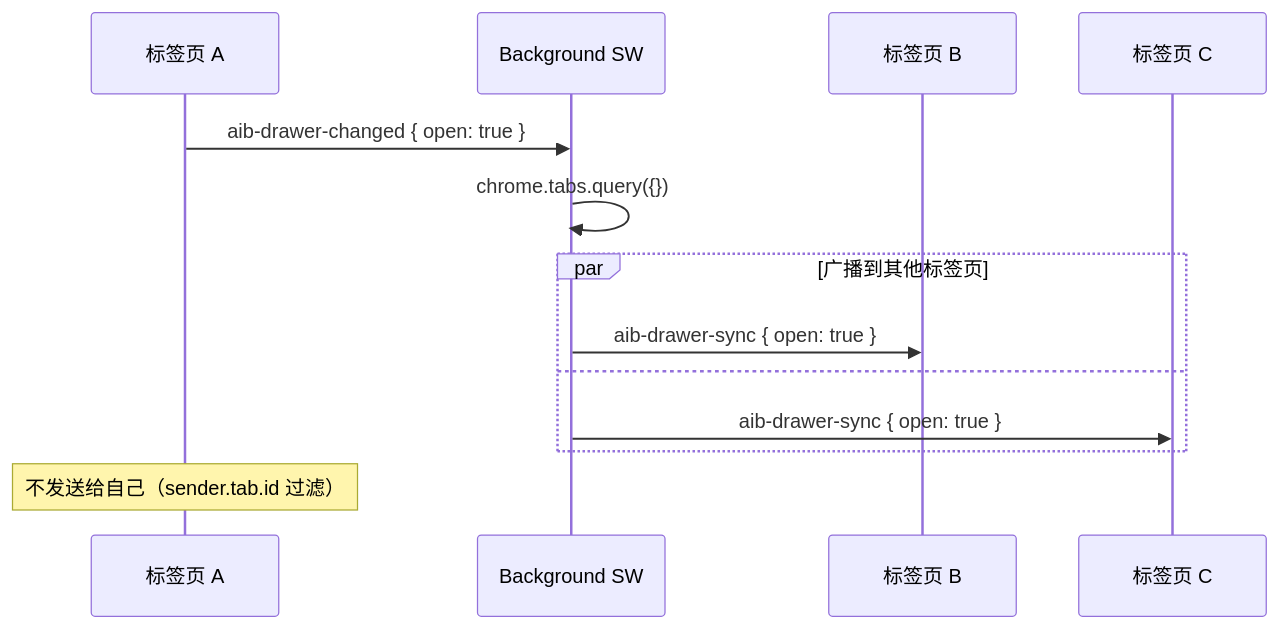
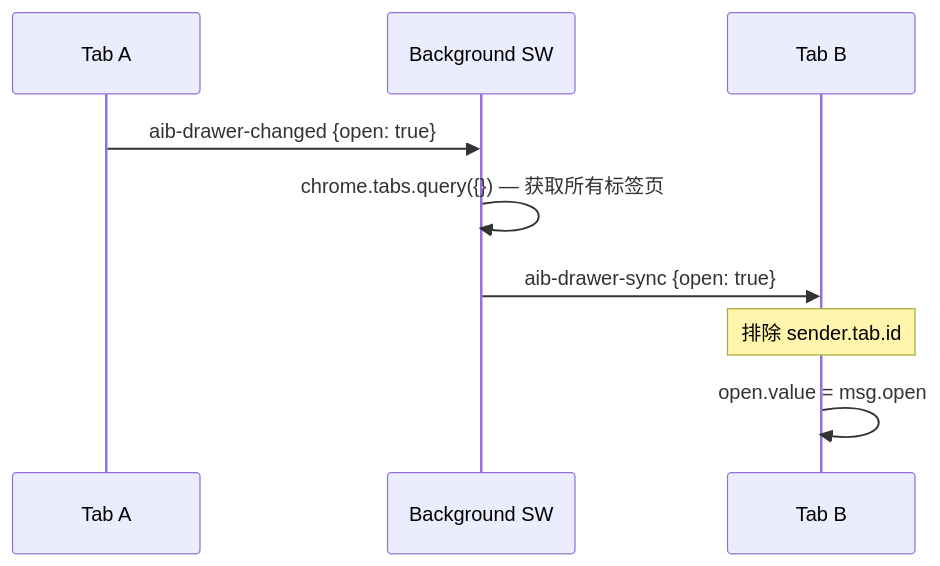
The fifth of 5 diagrams in docs/architecture/background-service.md (zw123zw/ai-browser), drawn with Mermaid before and after one commit. The commit also changed other lines of this file and 42 other files, not shown here.

````diff
--- a/docs/architecture/background-service.md
+++ b/docs/architecture/background-service.md
@@ -313,18 +290,12 @@
 ```mermaid
 sequenceDiagram
-    participant T1 as 标签页 A
+    participant TabA as Tab A
     participant BG as Background SW
-    participant T2 as 标签页 B
-    participant T3 as 标签页 C
+    participant TabB as Tab B
 
-    T1->>BG: aib-drawer-changed { open: true }
-    BG->>BG: chrome.tabs.query({})
-
-    par 广播到其他标签页
-        BG->>T2: aib-drawer-sync { open: true }
-    and
-        BG->>T3: aib-drawer-sync { open: true }
-    end
-
-    Note over T1: 不发送给自己（sender.tab.id 过滤）
+    TabA->>BG: aib-drawer-changed {open: true}
+    BG->>BG: chrome.tabs.query({}) — 获取所有标签页
+    BG->>TabB: aib-drawer-sync {open: true}
+    Note over TabB: 排除 sender.tab.id
+    TabB->>TabB: open.value = msg.open
 ```
````
